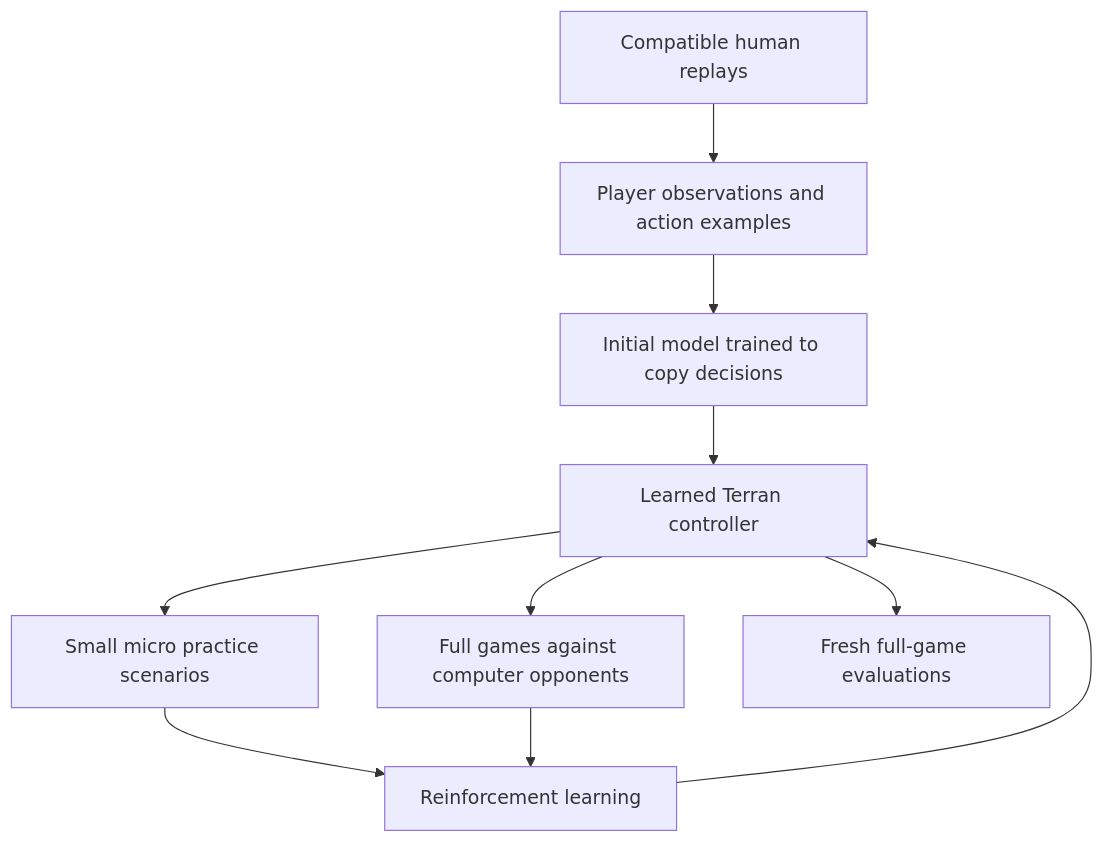
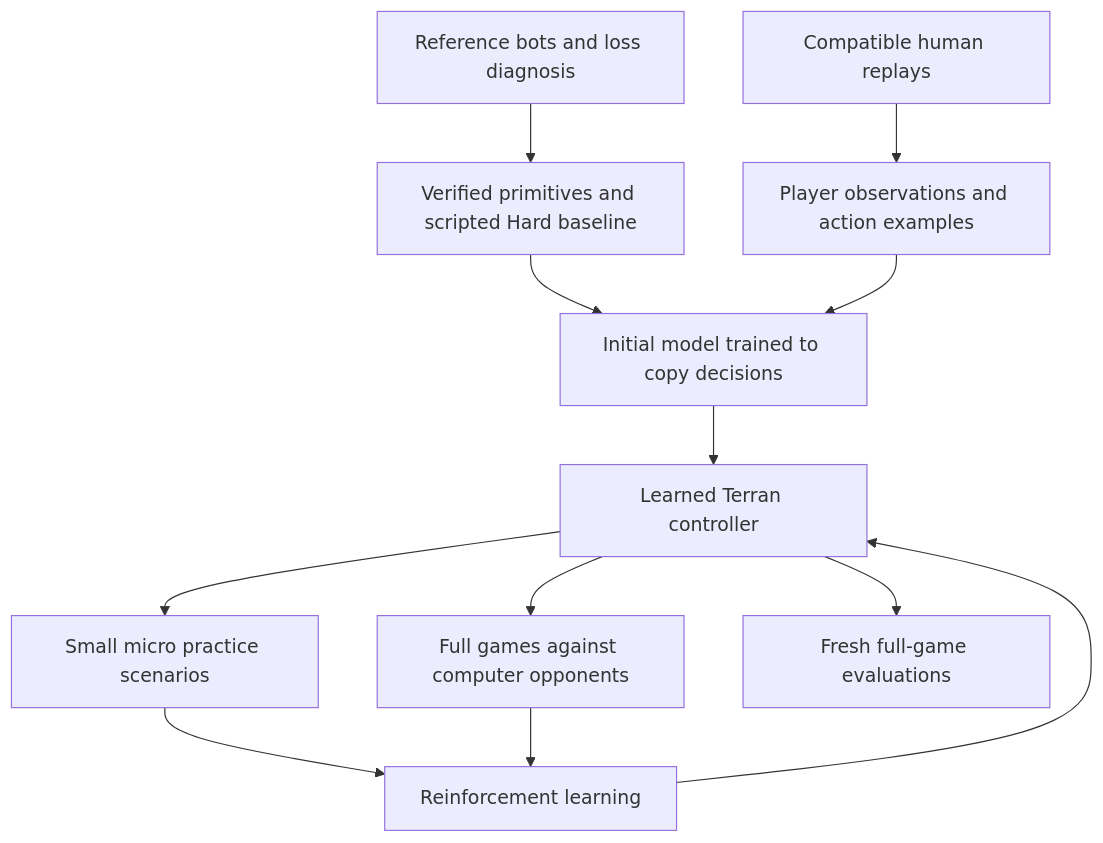
Before and after one commit to Sam-v6/sc2: the diagram in docs/learning-roadmap.md, drawn with Mermaid. The commit also changed other lines of this file and 3 other files, not shown here.

Commit message:
Reset learning roadmap around verified Terran primitives and loss diagnosis

````diff
--- a/docs/learning-roadmap.md
+++ b/docs/learning-roadmap.md
@@ -47,12 +88,14 @@
 ```mermaid
 flowchart TD
+    B[Reference bots and loss diagnosis] --> X[Verified primitives and scripted Hard baseline]
+    X --> I
     R[Compatible human replays] --> D[Player observations and action examples]
     D --> I[Initial model trained to copy decisions]
     I --> P[Learned Terran controller]
     M[Small micro practice scenarios] --> L[Reinforcement learning]
     G[Full games against computer opponents] --> L
     P --> M
     P --> G
     L --> P
     P --> E[Fresh full-game evaluations]
 ```
````
